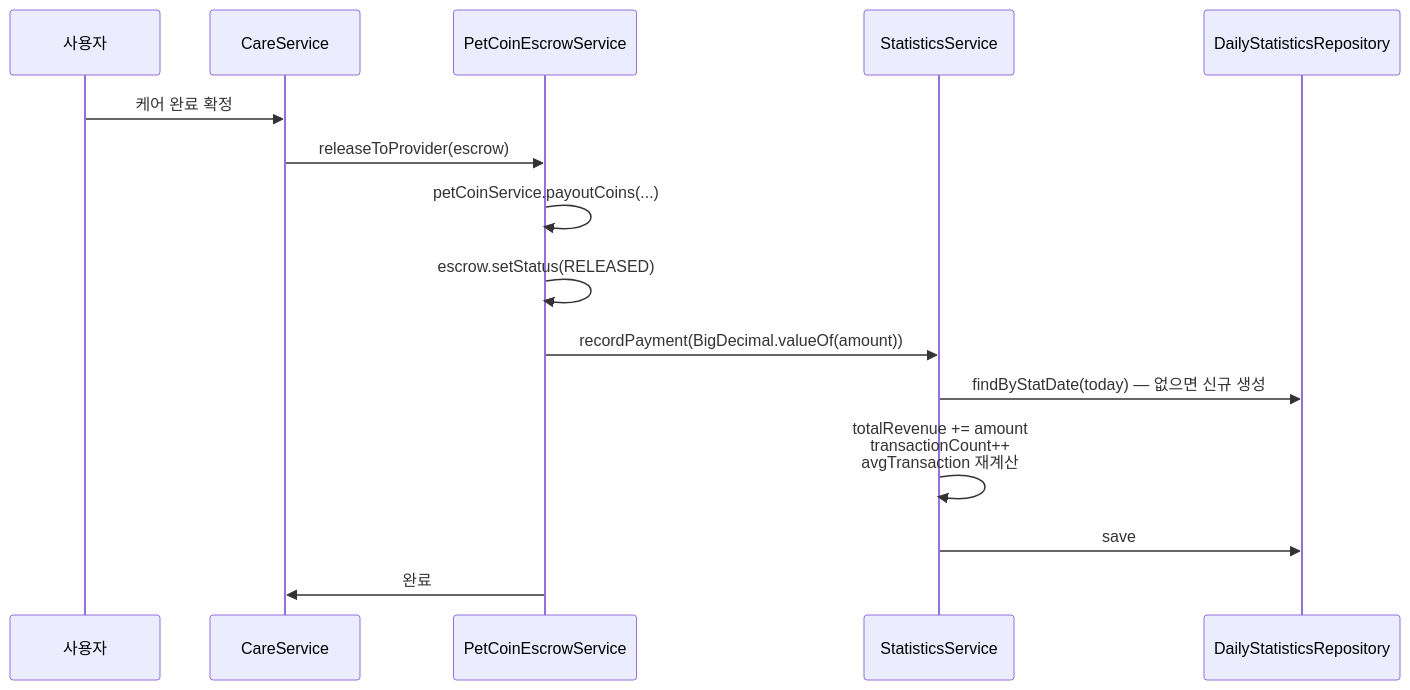
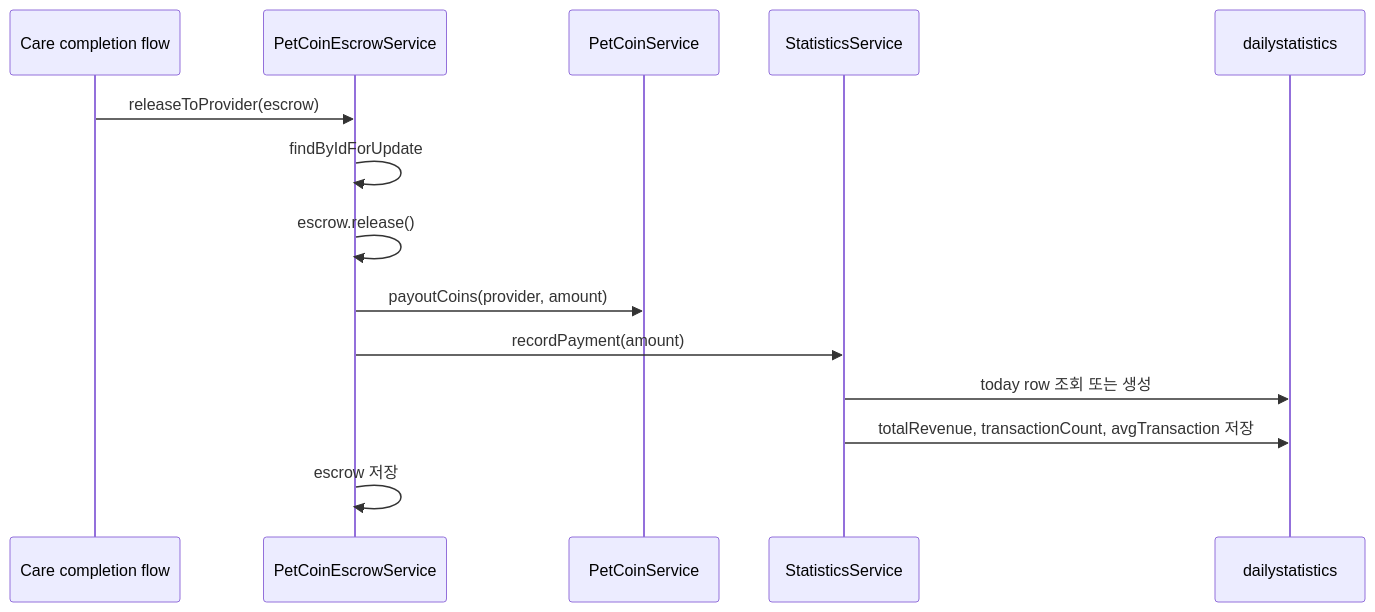
The fourth of 7 diagrams in docs/architecture/관리자 대시보드 & 통계 시스템 아키텍처.md (makkong1/Petory), drawn with Mermaid before and after one commit. The commit also changed other lines of this file and 44 other files, not shown here.

````diff
--- a/docs/architecture/관리자 대시보드 & 통계 시스템 아키텍처.md
+++ b/docs/architecture/관리자 대시보드 & 통계 시스템 아키텍처.md
@@ -349,18 +160,17 @@
 ```mermaid
 sequenceDiagram
-    participant User as 사용자
-    participant CareService as CareService
-    participant Escrow as PetCoinEscrowService
-    participant Stats as StatisticsService
-    participant DailyRepo as DailyStatisticsRepository
+  participant Care as Care completion flow
+  participant Escrow as PetCoinEscrowService
+  participant Coin as PetCoinService
+  participant Stats as StatisticsService
+  participant Daily as dailystatistics
 
-    User->>CareService: 케어 완료 확정
-    CareService->>Escrow: releaseToProvider(escrow)
-    Escrow->>Escrow: petCoinService.payoutCoins(...)
-    Escrow->>Escrow: escrow.setStatus(RELEASED)
-    Escrow->>Stats: recordPayment(BigDecimal.valueOf(amount))
-    Stats->>DailyRepo: findByStatDate(today) — 없으면 신규 생성
-    Stats->>Stats: totalRevenue += amount<br/>transactionCount++<br/>avgTransaction 재계산
-    Stats->>DailyRepo: save
-    Escrow->>CareService: 완료
+  Care->>Escrow: releaseToProvider(escrow)
+  Escrow->>Escrow: findByIdForUpdate
+  Escrow->>Escrow: escrow.release()
+  Escrow->>Coin: payoutCoins(provider, amount)
+  Escrow->>Stats: recordPayment(amount)
+  Stats->>Daily: today row 조회 또는 생성
+  Stats->>Daily: totalRevenue, transactionCount, avgTransaction 저장
+  Escrow->>Escrow: escrow 저장
 ```
````
